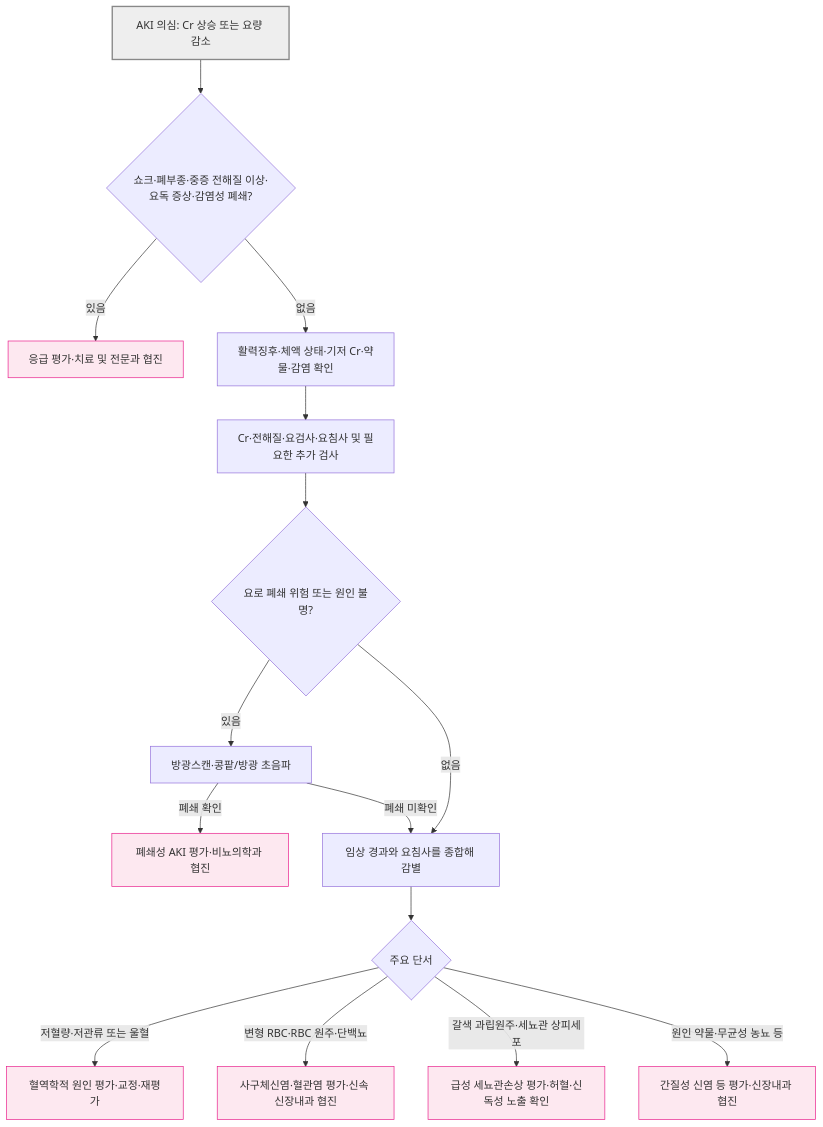
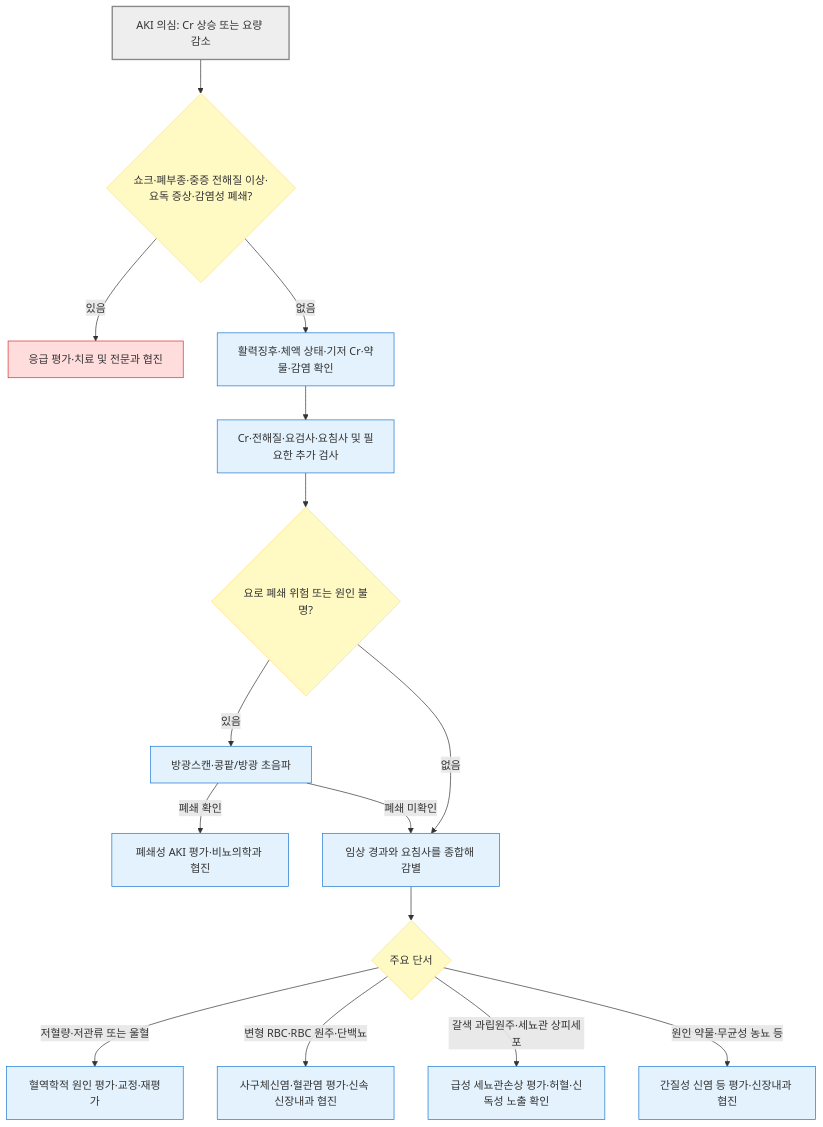
One commit to familyoh77/familyoh77 changed the diagram in 227_/109_-kidneydz.md. Above: the diagram before and after it, drawn with Mermaid. The commit also changed other lines of this file and 10 other files, not shown here.

````diff
--- a/227_/109_-kidneydz.md
+++ b/227_/109_-kidneydz.md
@@ -92,21 +92,25 @@
 ```mermaid
 flowchart TD
     Start["AKI 의심: Cr 상승 또는 요량 감소"] --> Urgent{"쇼크·폐부종·중증 전해질 이상·요독 증상·감염성 폐쇄?"}
-    Urgent -->|있음| Emergency["응급 평가·치료 및 전문과 협진"]
-    Urgent -->|없음| A["활력징후·체액 상태·기저 Cr·약물·감염 확인"]
+    Urgent -- "있음" --> Emergency["응급 평가·치료 및 전문과 협진"]
+    Urgent -- "없음" --> A["활력징후·체액 상태·기저 Cr·약물·감염 확인"]
     A --> B["Cr·전해질·요검사·요침사 및 필요한 추가 검사"]
     B --> C{"요로 폐쇄 위험 또는 원인 불명?"}
-    C -->|있음| D["방광스캔·콩팥/방광 초음파"]
-    D -->|폐쇄 확인| Post["폐쇄성 AKI 평가·비뇨의학과 협진"]
-    C -->|없음| E["임상 경과와 요침사를 종합해 감별"]
-    D -->|폐쇄 미확인| E
+    C -- "있음" --> D["방광스캔·콩팥/방광 초음파"]
+    D -- "폐쇄 확인" --> Post["폐쇄성 AKI 평가·비뇨의학과 협진"]
+    C -- "없음" --> E["임상 경과와 요침사를 종합해 감별"]
+    D -- "폐쇄 미확인" --> E
     E --> F{"주요 단서"}
-    F -->|저혈량·저관류 또는 울혈| Pre["혈역학적 원인 평가·교정·재평가"]
-    F -->|변형 RBC·RBC 원주·단백뇨| Int1["사구체신염·혈관염 평가·신속 신장내과 협진"]
-    F -->|갈색 과립원주·세뇨관 상피세포| Int2["급성 세뇨관손상 평가·허혈·신독성 노출 확인"]
-    F -->|원인 약물·무균성 농뇨 등| Int3["간질성 신염 등 평가·신장내과 협진"]
+    F -- "저혈량·저관류 또는 울혈" --> Pre["혈역학적 원인 평가·교정·재평가"]
+    F -- "변형 RBC·RBC 원주·단백뇨" --> Int1["사구체신염·혈관염 평가·신속 신장내과 협진"]
+    F -- "갈색 과립원주·세뇨관 상피세포" --> Int2["급성 세뇨관손상 평가·허혈·신독성 노출 확인"]
+    F -- "원인 약물·무균성 농뇨 등" --> Int3["간질성 신염 등 평가·신장내과 협진"]
     classDef start fill:#eeeeee,stroke:#888888,stroke-width:2px
-    classDef action fill:#fde8f0,stroke:#e91e8c
+    classDef question fill:#fff9c4,stroke:#ffe082
+    classDef emergency fill:#ffdddd,stroke:#d32f2f
+    classDef action fill:#e3f2fd,stroke:#1976d2
     class Start start
-    class Emergency,Post,Pre,Int1,Int2,Int3 action
+    class Urgent,C,F question
+    class Emergency emergency
+    class A,B,D,E,Post,Pre,Int1,Int2,Int3 action
 ```
````
